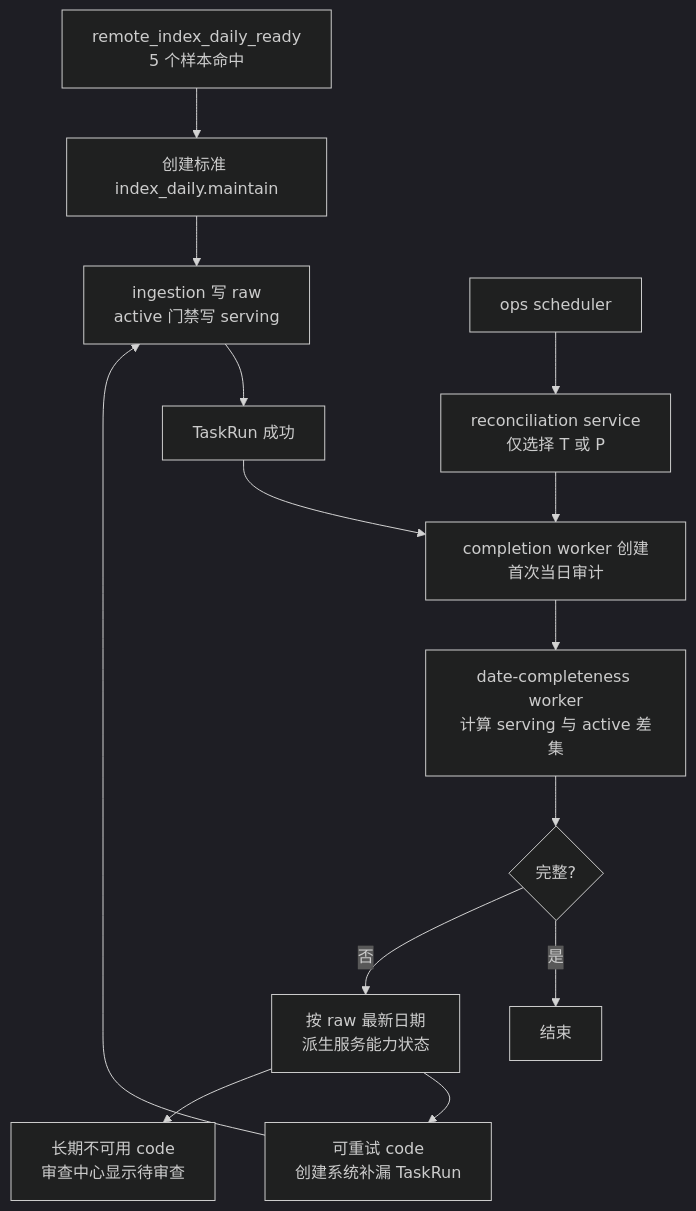
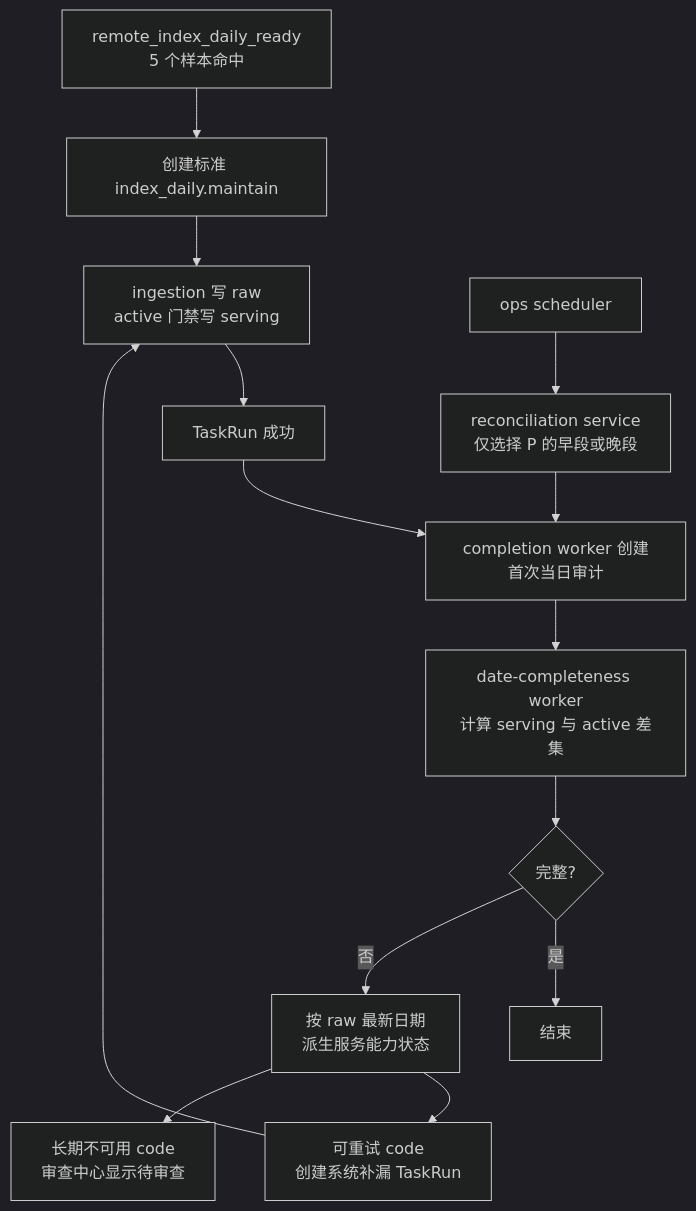
The diagram in docs/ops/ops-index-daily-completeness-reconciliation-plan-v2.md (chiuser/goldenshare), drawn with Mermaid (dark theme) before and after one commit. The commit also changed other lines of this file and 8 other files, not shown here.

````diff
--- a/docs/ops/ops-index-daily-completeness-reconciliation-plan-v2.md
+++ b/docs/ops/ops-index-daily-completeness-reconciliation-plan-v2.md
@@ -114,16 +126,16 @@
 ```mermaid
 flowchart TD
   A["remote_index_daily_ready\n5 个样本命中"] --> B["创建标准 index_daily.maintain"]
   B --> C["ingestion 写 raw\nactive 门禁写 serving"]
   C --> D["TaskRun 成功"]
   D --> E["completion worker 创建首次当日审计"]
   E --> F["date-completeness worker\n计算 serving 与 active 差集"]
   F --> G{"完整?"}
   G -- "是" --> H["结束"]
   G -- "否" --> I["按 raw 最新日期\n派生服务能力状态"]
   I --> J["可重试 code\n创建系统补漏 TaskRun"]
   J --> C
   I --> K["长期不可用 code\n审查中心显示待审查"]
-  L["ops scheduler"] --> M["reconciliation service\n仅选择 T 或 P"]
+  L["ops scheduler"] --> M["reconciliation service\n仅选择 P 的早段或晚段"]
   M --> E
 ```
````
